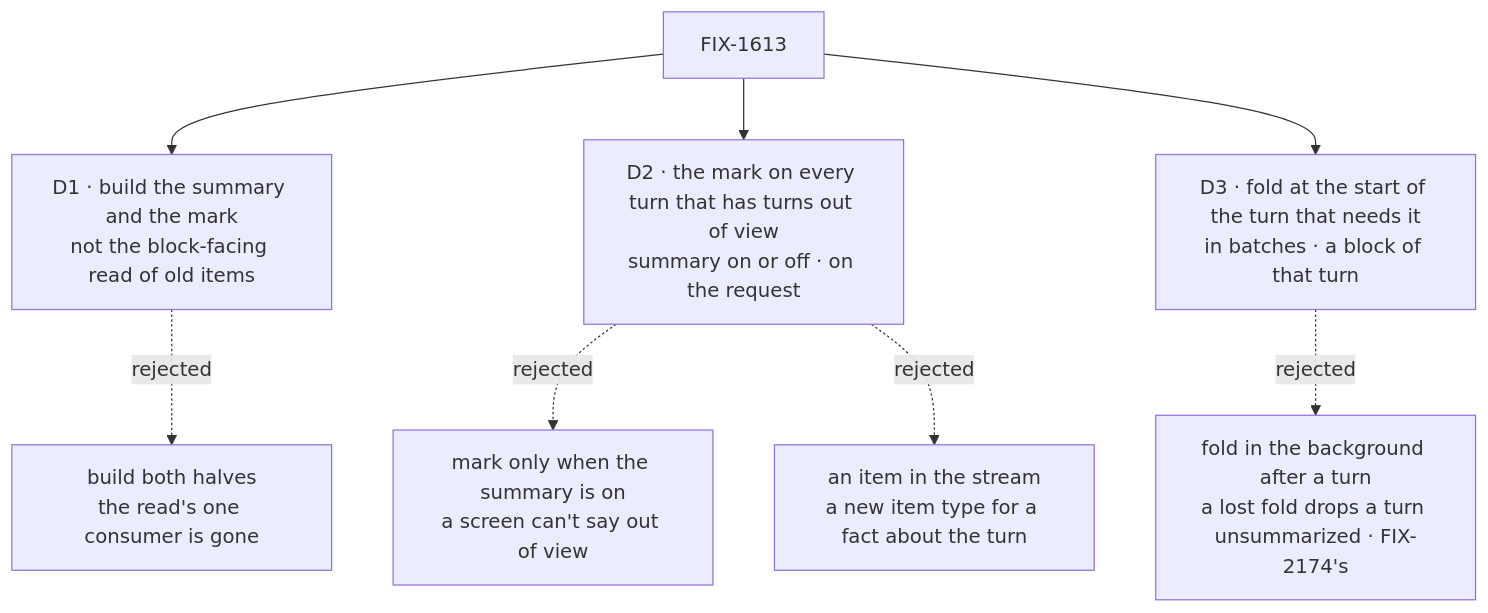
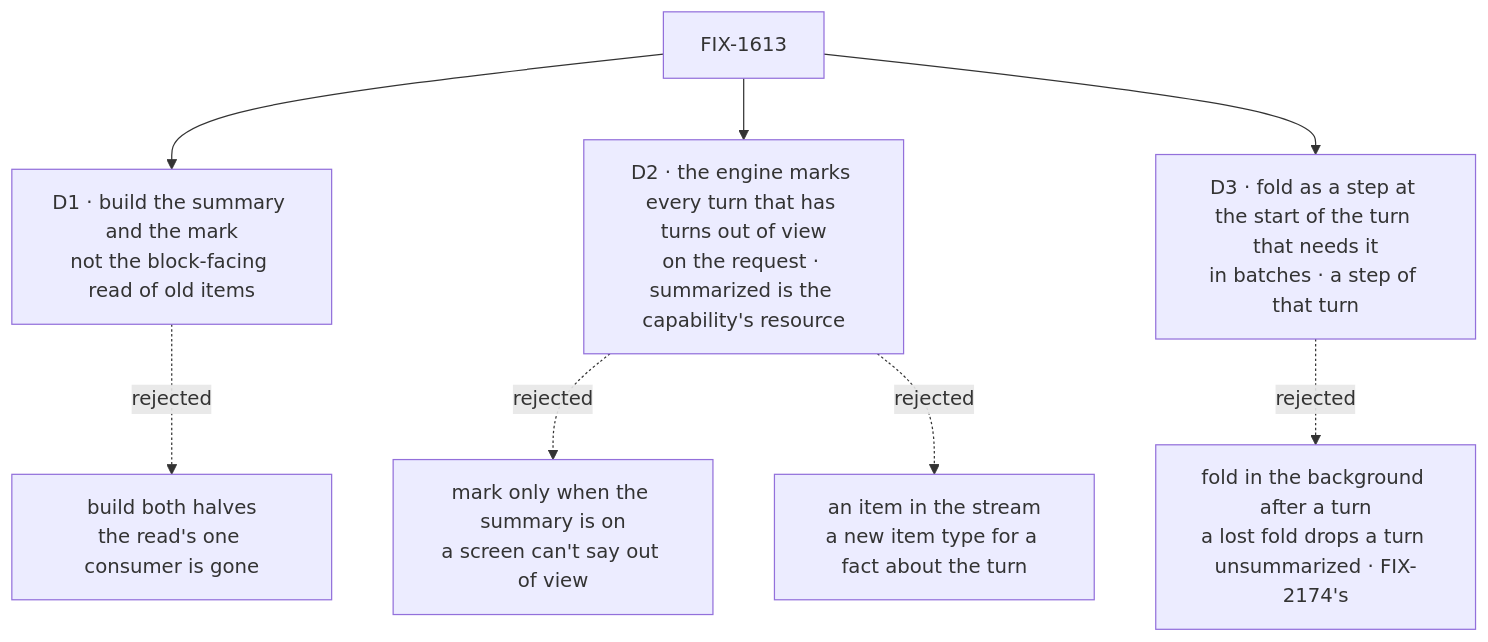
Before and after one commit to fixpoint-labs/flow-state-dev: the diagram in specs/issues/FIX-1613/DECISIONS.md, drawn with Mermaid. The commit also changed other lines of this file and 1 other file, not shown here.

First line of the commit message:
spec(FIX-1613): a history-summary capability and fold step, not an engine option

````diff
--- a/specs/issues/FIX-1613/DECISIONS.md
+++ b/specs/issues/FIX-1613/DECISIONS.md
@@ -10,10 +11,10 @@
 ```mermaid
 flowchart TD
   I["FIX-1613"] --> D1["D1 · build the summary and the mark<br/>not the block-facing read of old items"]
   D1 -.->|"rejected"| X1["build both halves<br/>the read's one consumer is gone"]
-  I --> D2["D2 · the mark on every turn that has turns out of view<br/>summary on or off · on the request"]
+  I --> D2["D2 · the engine marks every turn that has turns out of view<br/>on the request · summarized is the capability's resource"]
   D2 -.->|"rejected"| X2["mark only when the summary is on<br/>a screen can't say out of view"]
   D2 -.->|"rejected"| X2b["an item in the stream<br/>a new item type for a fact about the turn"]
-  I --> D3["D3 · fold at the start of the turn that needs it<br/>in batches · a block of that turn"]
+  I --> D3["D3 · fold as a step at the start of the turn that needs it<br/>in batches · a step of that turn"]
   D3 -.->|"rejected"| X3["fold in the background after a turn<br/>a lost fold drops a turn unsummarized · FIX-2174's"]
 ```
````
